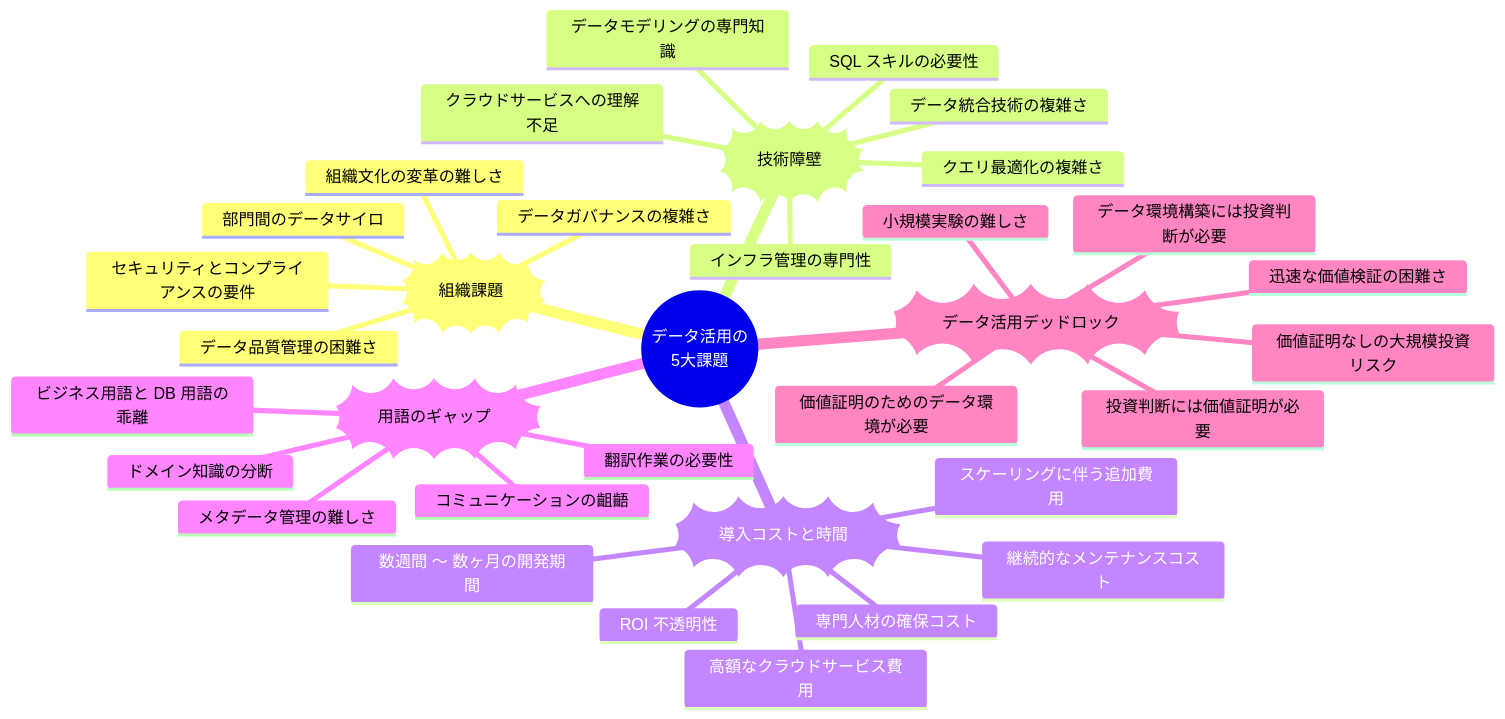
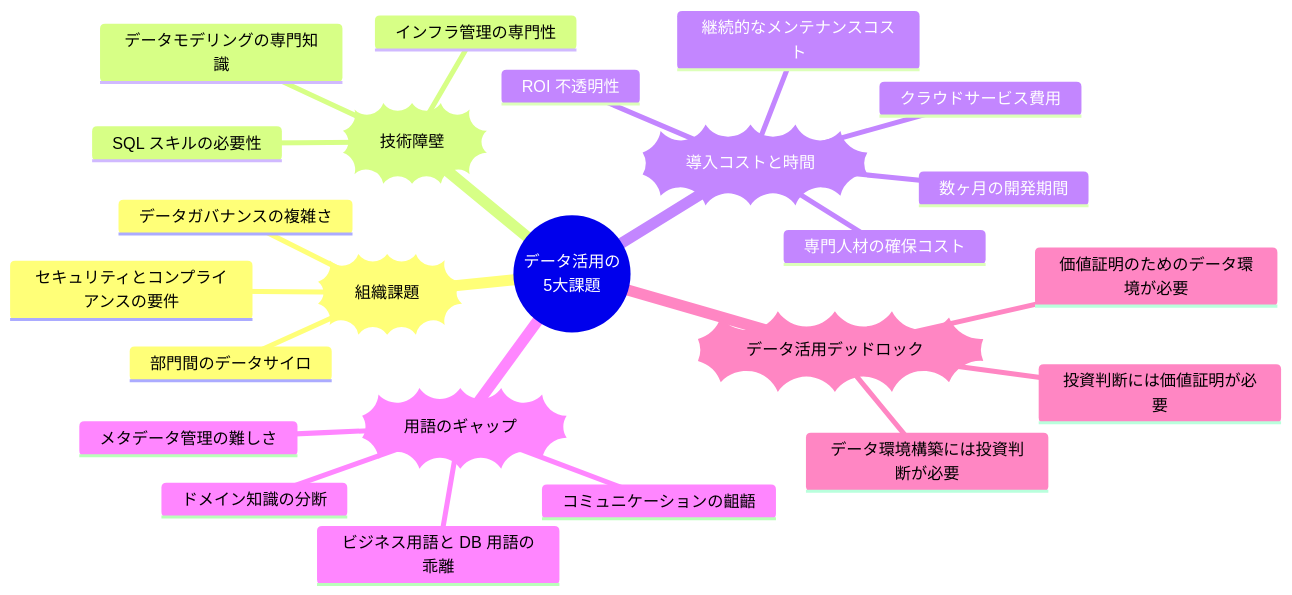
The first of 2 diagrams in databases/wren/blog/README.md (littlemex/aws-samples), drawn with Mermaid before and after one commit. The commit also changed other lines of this file, not shown here.

````diff
--- a/databases/wren/blog/README.md
+++ b/databases/wren/blog/README.md
@@ -7,42 +33,32 @@
 ```mermaid
 mindmap
   root((データ活用の<br>5大課題))
     ))組織課題((
       ::icon(fa fa-users)
       部門間のデータサイロ
       データガバナンスの複雑さ
-      組織文化の変革の難しさ
-      データ品質管理の困難さ
       セキュリティとコンプライアンスの要件
     ))技術障壁((
       ::icon(fa fa-code)
       SQL スキルの必要性
       データモデリングの専門知識
-      クエリ最適化の複雑さ
-      クラウドサービスへの理解不足
-      データ統合技術の複雑さ
       インフラ管理の専門性
     ))導入コストと時間((
       ::icon(fa fa-money-bill)
-      高額なクラウドサービス費用
+      クラウドサービス費用
       専門人材の確保コスト
-      数週間 〜 数ヶ月の開発期間
+      数ヶ月の開発期間
       継続的なメンテナンスコスト
-      スケーリングに伴う追加費用
       ROI 不透明性
     ))用語のギャップ((
       ::icon(fa fa-language)
       ビジネス用語と DB 用語の乖離
       コミュニケーションの齟齬
-      翻訳作業の必要性
       ドメイン知識の分断
       メタデータ管理の難しさ
     ))データ活用デッドロック((
       ::icon(fa fa-lock)
-      価値証明のためのデータ環境が必要
       データ環境構築には投資判断が必要
       投資判断には価値証明が必要
-      価値証明なしの大規模投資リスク
-      小規模実験の難しさ
-      迅速な価値検証の困難さ
+      価値証明のためのデータ環境が必要
 ```
````
